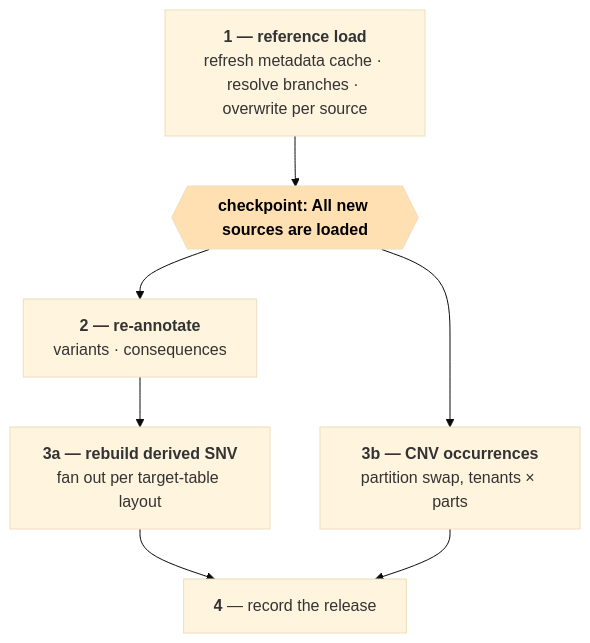
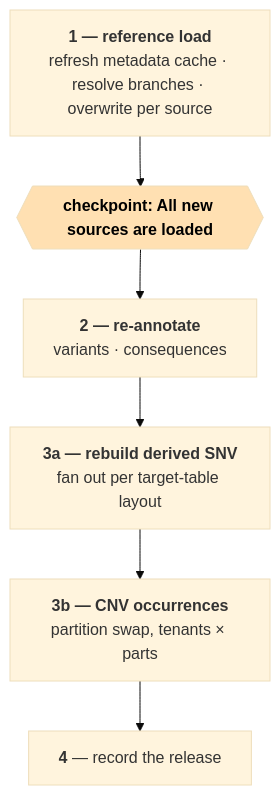
Before and after one commit to radiant-network/radiant-portal-pipeline: the second of 4 diagrams in design/SJRA-1811-opendatalake-integration.md, drawn with Mermaid (base theme). The commit also changed other lines of this file and 23 other files, not shown here.

````diff
--- a/design/SJRA-1811-opendatalake-integration.md
+++ b/design/SJRA-1811-opendatalake-integration.md
@@ -264,12 +266,11 @@
 ```mermaid
 flowchart TB
     P1["<b>1 — reference load</b><br/>refresh metadata cache · resolve branches · overwrite per source"]
     B{{"<b>checkpoint: All new sources are loaded</b>"}}
     P2["<b>2 — re-annotate </b><br/>variants · consequences"]
     P3A["<b>3a — rebuild derived SNV</b><br/>fan out per target-table layout"]
     P3B["<b>3b — CNV occurrences</b><br/>partition swap, tenants × parts"]
     P4["<b>4</b> — record the release"]
-    P1 --> B --> P2 --> P3A --> P4
-    B --> P3B --> P4
+    P1 --> B --> P2 --> P3A --> P3B --> P4
     style B fill:#ffe0b2,color:#000
 ```
````
